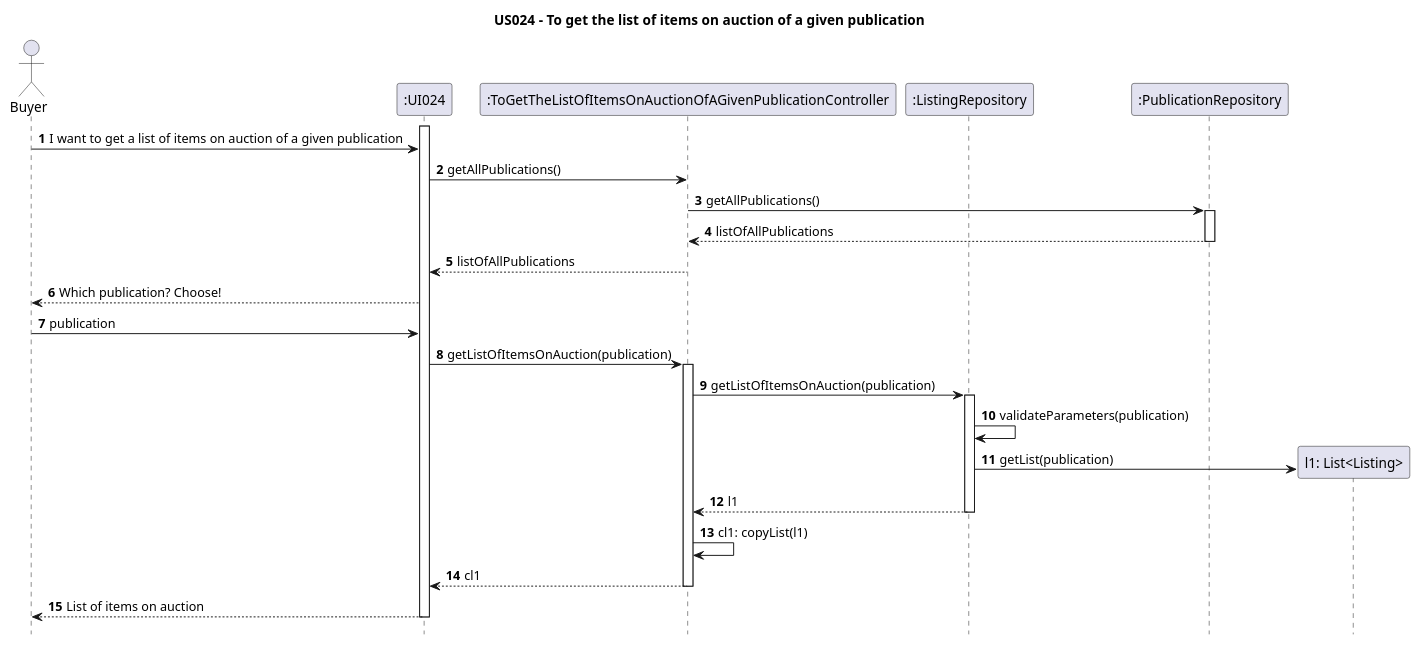
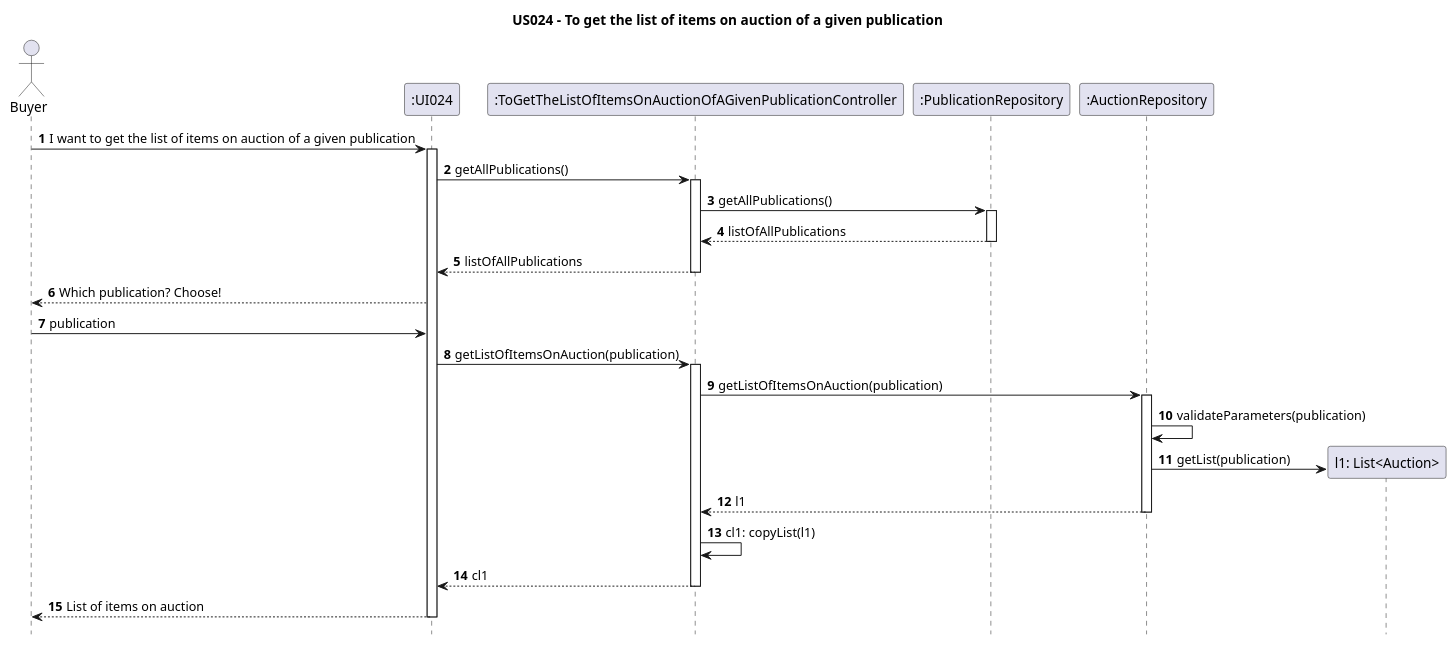
One commit to AndrePereiraGitH/SWitCH-Project-Team_A changed the diagram in Diagrams/SequenceDiagrams/N2/US024-to-get-the-list-of-items-on-auction-of-a-given-publication.puml. Above: the diagram before and after it, drawn with PlantUML. The commit also changed 1 other file, not shown here.

```diff
--- a/Diagrams/SequenceDiagrams/N2/US024-to-get-the-list-of-items-on-auction-of-a-given-publication.puml
+++ b/Diagrams/SequenceDiagrams/N2/US024-to-get-the-list-of-items-on-auction-of-a-given-publication.puml
@@ -1,68 +1,52 @@
 @startuml
 
 hide footbox
 autonumber
 title US024 - To get the list of items on auction of a given publication
 
-' box #WhiteSmoke
+' Participants
 actor Buyer
 participant ":UI024" as UI024
-' end box
+participant ":ToGetTheListOfItemsOnAuctionOfAGivenPublicationController" as ToGetTheListOfItemsOnAuctionOfAGivenPublicationController
+participant ":PublicationRepository" as PublicationRepository
+participant ":AuctionRepository" as AuctionRepository
 
-' box "Controller" #LightBlue
-participant ":ToGetTheListOfItemsOnAuctionOfAGivenPublicationController" as ToGetTheListOfItemsOnAuctionOfAGivenPublicationController
-' end box
-
-' box "Persistence" #LightGrey
-participant ":ListingRepository" as ListingRepository
-' end box
-
-participant ":PublicationRepository" as PublicationRepository
-
-' Buyer -> UI024 : **1** getListOfItems(typeOfSale, publication)
+Buyer -> UI024 : I want to get the list of items on auction of a given publication
 activate UI024
-Buyer -> UI024 : I want to get a list of items on auction of a given publication
 UI024 -> ToGetTheListOfItemsOnAuctionOfAGivenPublicationController: getAllPublications()
+activate ToGetTheListOfItemsOnAuctionOfAGivenPublicationController
 ToGetTheListOfItemsOnAuctionOfAGivenPublicationController -> PublicationRepository: getAllPublications()
 activate PublicationRepository
 PublicationRepository --> ToGetTheListOfItemsOnAuctionOfAGivenPublicationController: listOfAllPublications
+
 deactivate PublicationRepository
 ToGetTheListOfItemsOnAuctionOfAGivenPublicationController --> UI024 : listOfAllPublications
+deactivate ToGetTheListOfItemsOnAuctionOfAGivenPublicationController
 Buyer <-- UI024 : Which publication? Choose!
 Buyer -> UI024 : publication
 
-' UI024 -> ToGetTheListOfItemsOnAuctionOfAGivenPublicationController : **4** getListOfItems(typeOfSale, publication)
 UI024 -> ToGetTheListOfItemsOnAuctionOfAGivenPublicationController : getListOfItemsOnAuction(publication)
 activate ToGetTheListOfItemsOnAuctionOfAGivenPublicationController
 
-' ToGetTheListOfItemsOnAuctionOfAGivenPublicationController -> ListingRepository : **3** getListOfItems(typeOfSale, publication)
-ToGetTheListOfItemsOnAuctionOfAGivenPublicationController -> ListingRepository : getListOfItemsOnAuction(publication)
-activate ListingRepository
+ToGetTheListOfItemsOnAuctionOfAGivenPublicationController -> AuctionRepository : getListOfItemsOnAuction(publication)
+activate AuctionRepository
 
-' ItemRepository -> ItemRepository : **4** convertStringToEnum(typeOfSale, publication)
+AuctionRepository -> AuctionRepository : validateParameters(publication)
 
-' ListingRepository -> ListingRepository : **4** validateParameters(typeOfSale, publication)
-ListingRepository -> ListingRepository : validateParameters(publication)
 
-' box "Domain Model" #LightYellow
-create "l1: List<Listing>" as Listing
-' ListingRepository -> Item : **5** createList(typeOfSale, publication)
-ListingRepository -> Listing : getList(publication)
-' end box
+create "l1: List<Auction>" as AuctionList
+AuctionRepository -> AuctionList : getList(publication)
 
-' ListingRepository --> ToGetTheListOfItemsOnAuctionOfAGivenPublicationController : **6** List<Item> items
-ListingRepository --> ToGetTheListOfItemsOnAuctionOfAGivenPublicationController : l1
-deactivate ListingRepository
 
-' ToGetTheListOfItemsOnAuctionOfAGivenPublicationController -> ToGetTheListOfItemsOnAuctionOfAGivenPublicationController : **7** copyList(items)
+AuctionRepository --> ToGetTheListOfItemsOnAuctionOfAGivenPublicationController : l1
+deactivate AuctionRepository
+
 ToGetTheListOfItemsOnAuctionOfAGivenPublicationController -> ToGetTheListOfItemsOnAuctionOfAGivenPublicationController : cl1: copyList(l1)
 
-'ToGetTheListOfItemsOnAuctionOfAGivenPublicationController --> UI024 : **8** List<copyItems> (copyItems)
 ToGetTheListOfItemsOnAuctionOfAGivenPublicationController --> UI024 : cl1
 deactivate ToGetTheListOfItemsOnAuctionOfAGivenPublicationController
 
-'UI024 --> Buyer : **9** List<copyItems> (copyItems)'
 UI024 --> Buyer : List of items on auction
 deactivate UI024
 
 @enduml
```
